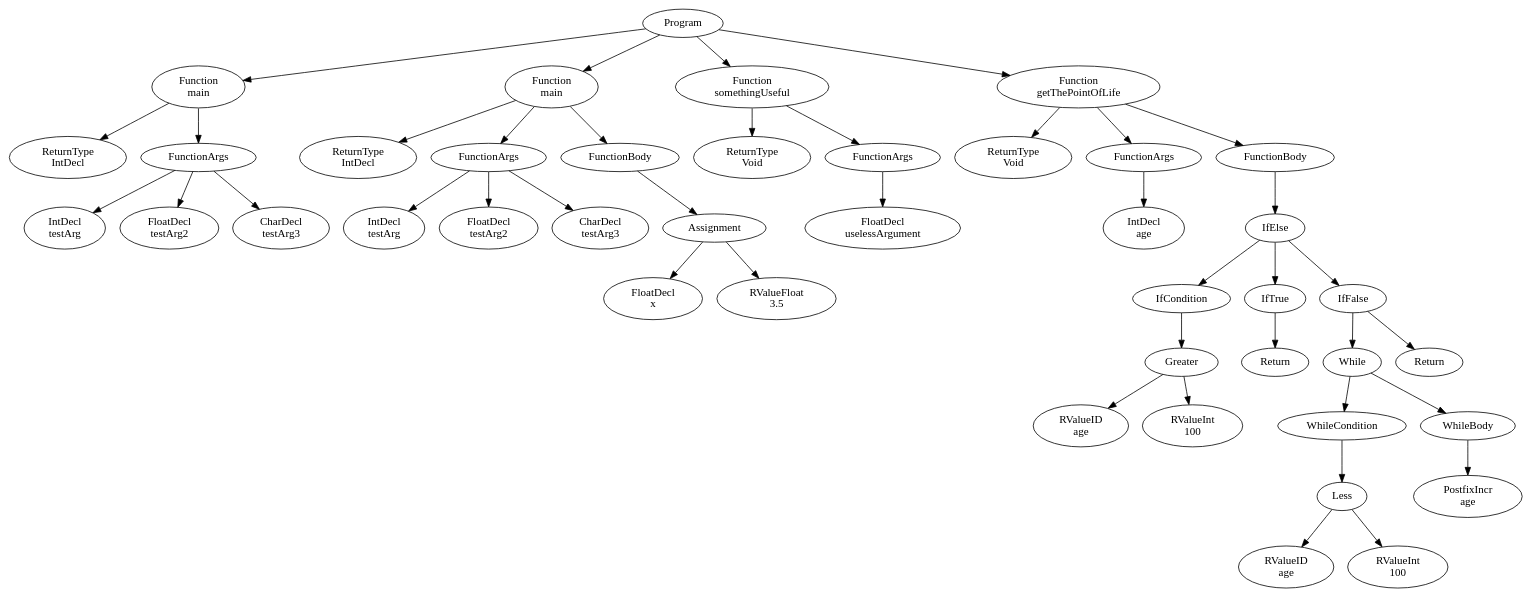
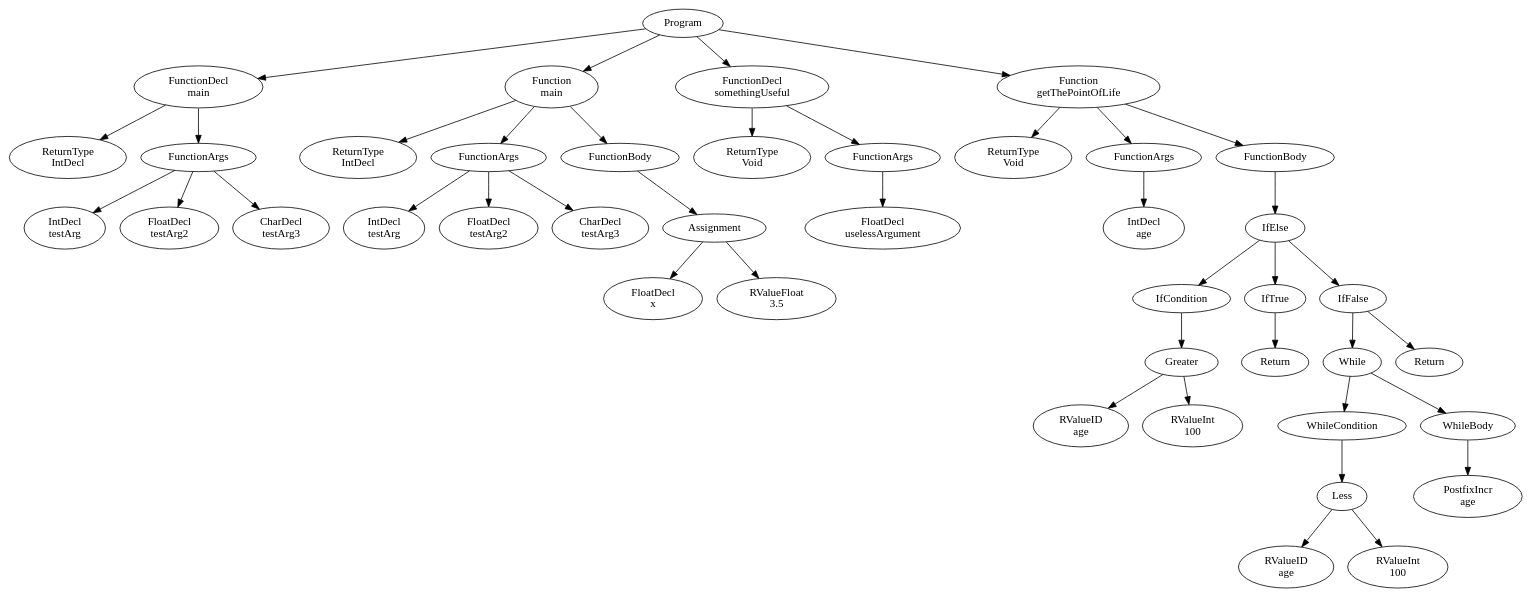
Before and after one commit to FedericoQuin/Compilers: the diagram in official/res/solutions/functions.dot, drawn with Graphviz. The commit also changed 3 other files, not shown here.

```diff
--- a/official/res/solutions/functions.dot
+++ b/official/res/solutions/functions.dot
@@ -1,85 +1,85 @@
 digraph AST {
 4 [label="Program"];
-5 [label="Function \nmain"];
+5 [label="FunctionDecl \nmain"];
 6 [label="ReturnType \nIntDecl"];
 7 [label="FunctionArgs"];
 8 [label="IntDecl \ntestArg"];
 9 [label="FloatDecl \ntestArg2"];
 10 [label="CharDecl \ntestArg3"];
 7 -> 8;
 7 -> 9;
 7 -> 10;
 5 -> 6;
 5 -> 7;
 11 [label="Function \nmain"];
 12 [label="ReturnType \nIntDecl"];
 13 [label="FunctionArgs"];
 14 [label="IntDecl \ntestArg"];
 15 [label="FloatDecl \ntestArg2"];
 16 [label="CharDecl \ntestArg3"];
 13 -> 14;
 13 -> 15;
 13 -> 16;
 17 [label="FunctionBody"];
 18 [label="Assignment"];
 19 [label="FloatDecl \nx"];
 20 [label="RValueFloat \n3.5"];
 18 -> 19;
 18 -> 20;
 17 -> 18;
 11 -> 12;
 11 -> 13;
 11 -> 17;
-21 [label="Function \nsomethingUseful"];
+21 [label="FunctionDecl \nsomethingUseful"];
 22 [label="ReturnType \nVoid"];
 23 [label="FunctionArgs"];
 24 [label="FloatDecl \nuselessArgument"];
 23 -> 24;
 21 -> 22;
 21 -> 23;
 25 [label="Function \ngetThePointOfLife"];
 26 [label="ReturnType \nVoid"];
 27 [label="FunctionArgs"];
 28 [label="IntDecl \nage"];
 27 -> 28;
 29 [label="FunctionBody"];
 30 [label="IfElse"];
 31 [label="IfCondition"];
 32 [label="Greater"];
 33 [label="RValueID \nage"];
 34 [label="RValueInt \n100"];
 32 -> 33;
 32 -> 34;
 31 -> 32;
 35 [label="IfTrue"];
 36 [label="Return"];
 35 -> 36;
 37 [label="IfFalse"];
 38 [label="While"];
 39 [label="WhileCondition"];
 40 [label="Less"];
 41 [label="RValueID \nage"];
 42 [label="RValueInt \n100"];
 40 -> 41;
 40 -> 42;
 39 -> 40;
 43 [label="WhileBody"];
 44 [label="PostfixIncr \nage"];
 43 -> 44;
 38 -> 39;
 38 -> 43;
 45 [label="Return"];
 37 -> 38;
 37 -> 45;
 30 -> 31;
 30 -> 35;
 30 -> 37;
 29 -> 30;
 25 -> 26;
 25 -> 27;
 25 -> 29;
 4 -> 5;
 4 -> 11;
 4 -> 21;
 4 -> 25;
 }
```
